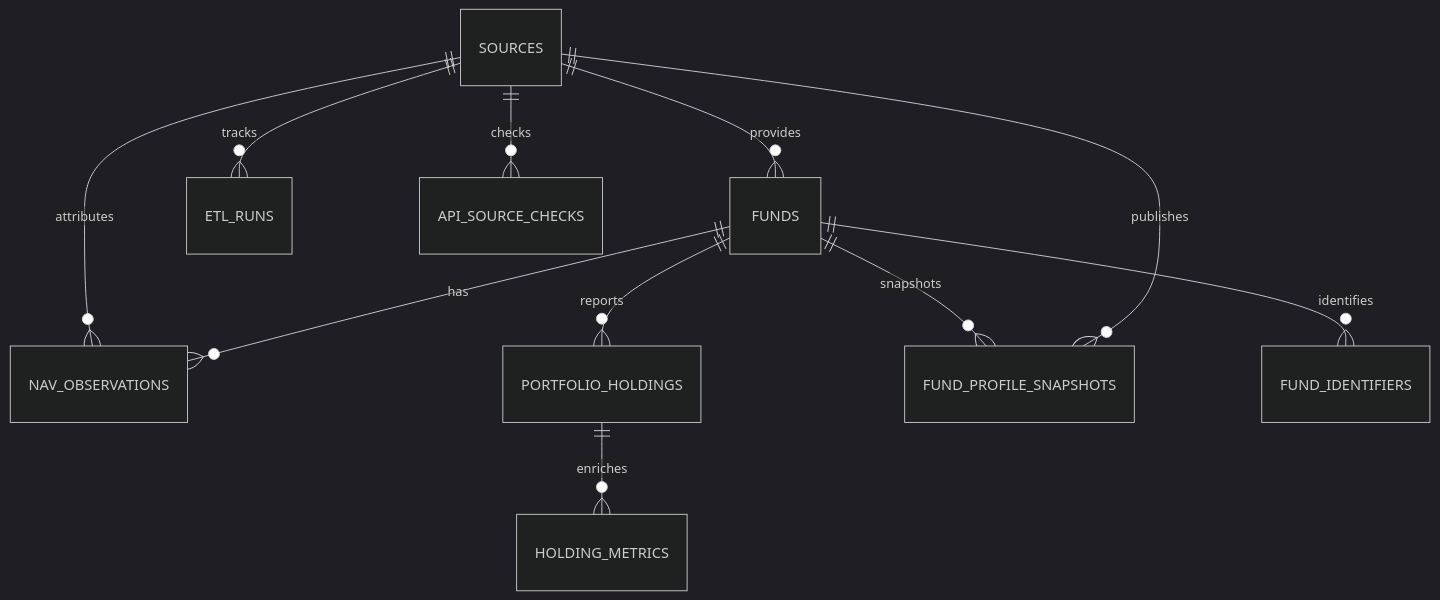
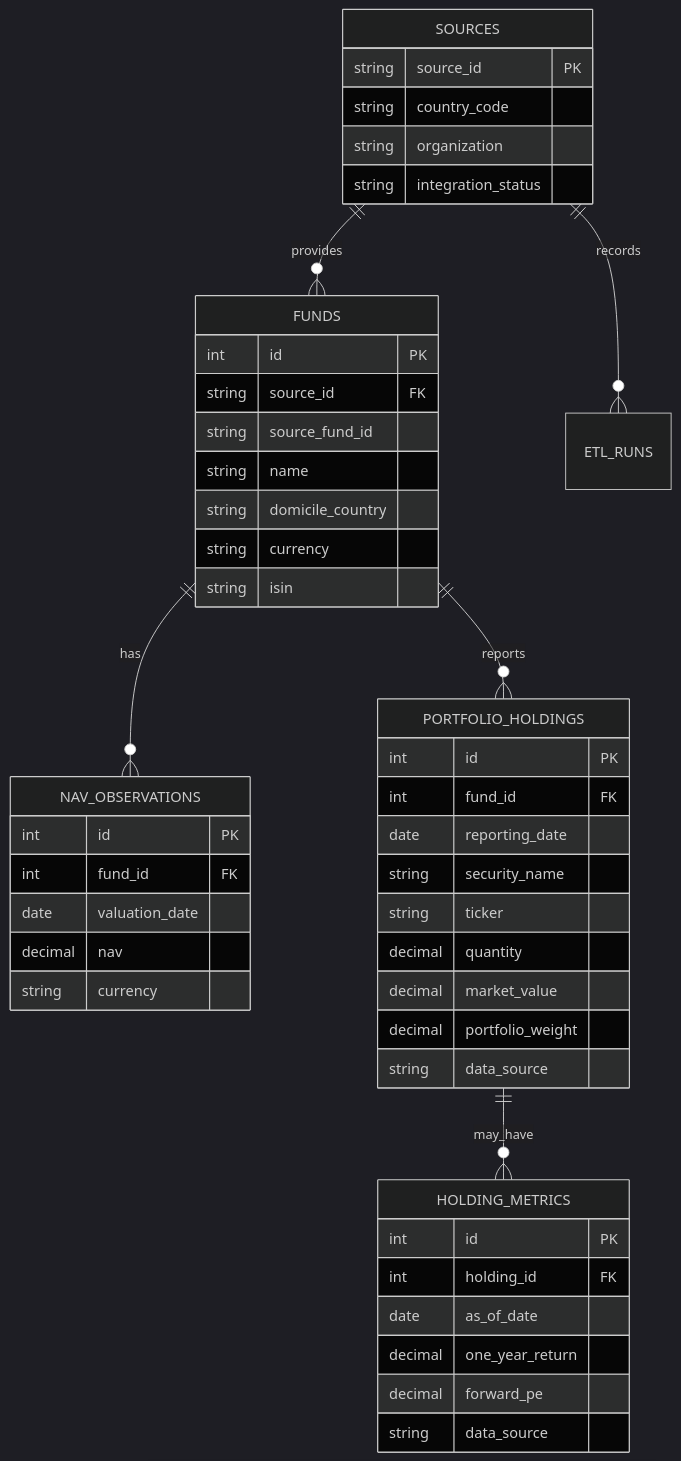
Before and after one commit to Ansari-Maaz/Mutual-Funds-ETL-Pipeline: the third of 3 diagrams in README.md, drawn with Mermaid (dark theme). The commit also changed other lines of this file and 16 other files, not shown here.

Commit message:
docs: US data refresh, official sources, gap research and beta launch notes

````diff
--- a/README.md
+++ b/README.md
@@ -254,13 +105,49 @@
 ```mermaid
 erDiagram
   SOURCES ||--o{ FUNDS : provides
-  SOURCES ||--o{ NAV_OBSERVATIONS : attributes
   FUNDS ||--o{ NAV_OBSERVATIONS : has
   FUNDS ||--o{ PORTFOLIO_HOLDINGS : reports
-  PORTFOLIO_HOLDINGS ||--o{ HOLDING_METRICS : enriches
-  FUNDS ||--o{ FUND_PROFILE_SNAPSHOTS : snapshots
-  SOURCES ||--o{ FUND_PROFILE_SNAPSHOTS : publishes
-  FUNDS ||--o{ FUND_IDENTIFIERS : identifies
-  SOURCES ||--o{ ETL_RUNS : tracks
-  SOURCES ||--o{ API_SOURCE_CHECKS : checks
+  PORTFOLIO_HOLDINGS ||--o{ HOLDING_METRICS : may_have
+  SOURCES ||--o{ ETL_RUNS : records
+  SOURCES {
+    string source_id PK
+    string country_code
+    string organization
+    string integration_status
+  }
+  FUNDS {
+    int id PK
+    string source_id FK
+    string source_fund_id
+    string name
+    string domicile_country
+    string currency
+    string isin
+  }
+  NAV_OBSERVATIONS {
+    int id PK
+    int fund_id FK
+    date valuation_date
+    decimal nav
+    string currency
+  }
+  PORTFOLIO_HOLDINGS {
+    int id PK
+    int fund_id FK
+    date reporting_date
+    string security_name
+    string ticker
+    decimal quantity
+    decimal market_value
+    decimal portfolio_weight
+    string data_source
+  }
+  HOLDING_METRICS {
+    int id PK
+    int holding_id FK
+    date as_of_date
+    decimal one_year_return
+    decimal forward_pe
+    string data_source
+  }
 ```
````
